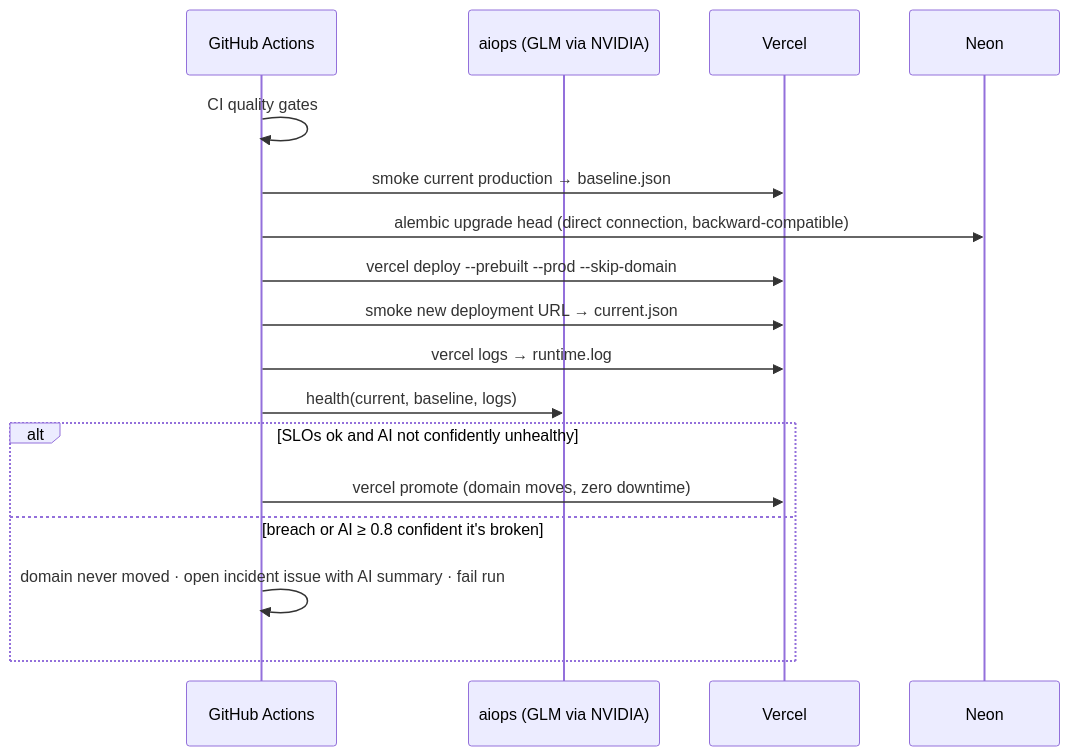
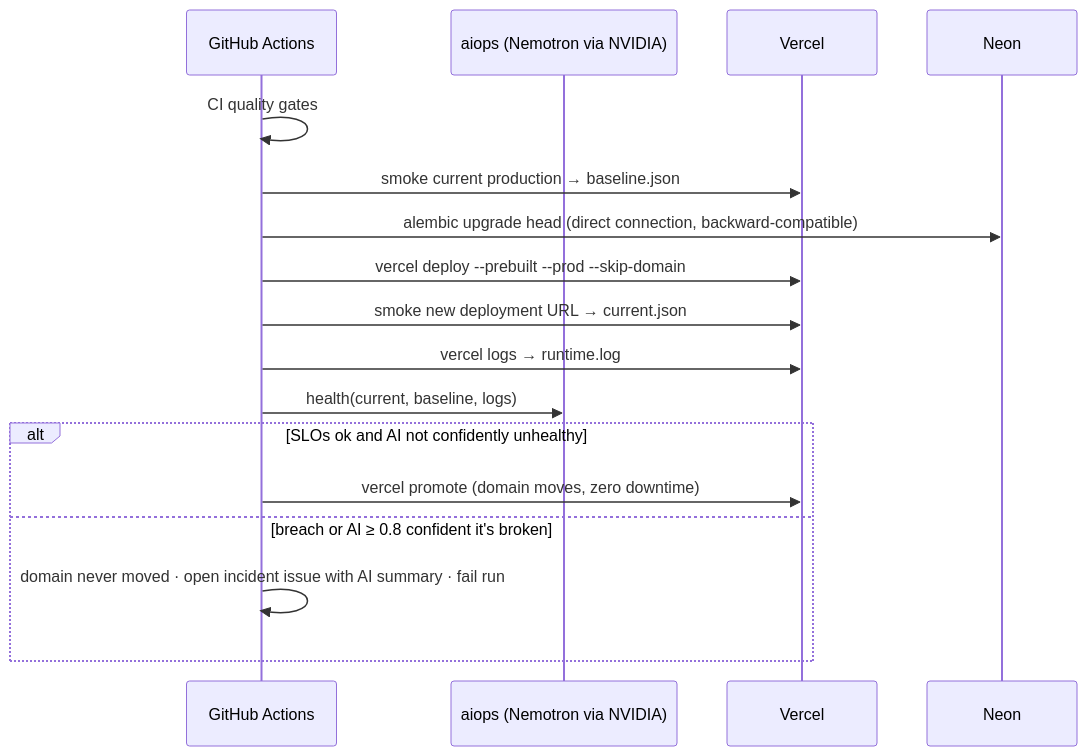
The fourth of 5 diagrams in docs/architecture.md (manojkumargogula/sparkboard), drawn with Mermaid before and after one commit. The commit also changed 7 other files, not shown here.

First line of the commit message:
feat(aiops): stream replies, default to Nemotron 3.5 Lightning, thinking off

````diff
--- a/docs/architecture.md
+++ b/docs/architecture.md
@@ -108,20 +108,20 @@
 ```mermaid
 sequenceDiagram
   participant GH as GitHub Actions
-  participant AI as aiops (GLM via NVIDIA)
+  participant AI as aiops (Nemotron via NVIDIA)
   participant V as Vercel
   participant N as Neon
 
   GH->>GH: CI quality gates
   GH->>V: smoke current production → baseline.json
   GH->>N: alembic upgrade head (direct connection, backward-compatible)
   GH->>V: vercel deploy --prebuilt --prod --skip-domain
   GH->>V: smoke new deployment URL → current.json
   GH->>V: vercel logs → runtime.log
   GH->>AI: health(current, baseline, logs)
   alt SLOs ok and AI not confidently unhealthy
     GH->>V: vercel promote (domain moves, zero downtime)
   else breach or AI ≥ 0.8 confident it's broken
     GH->>GH: domain never moved · open incident issue with AI summary · fail run
   end
 ```
````
